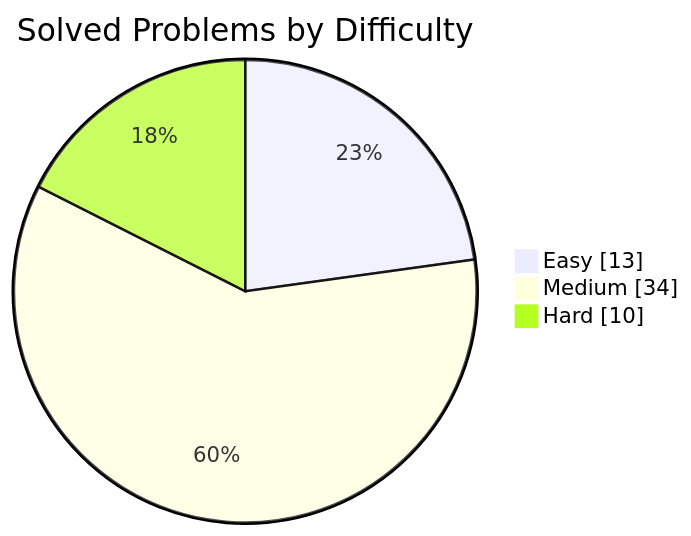
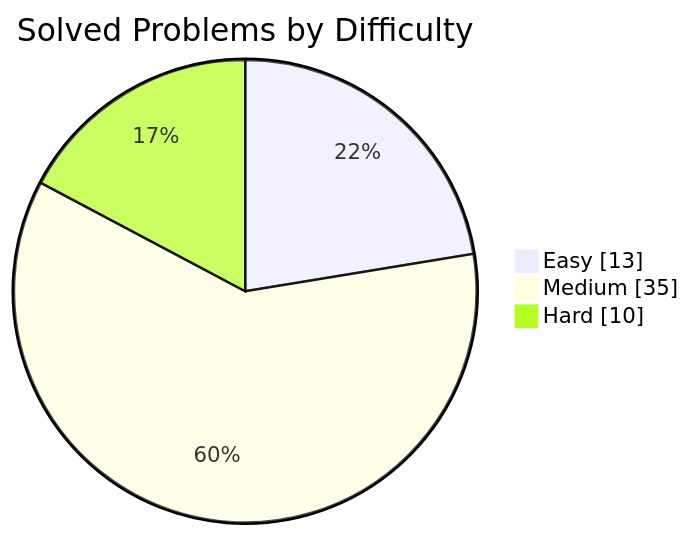
One commit to manikantbindass/DSA-Preparation-FAANG- changed the first of 3 diagrams in README.md. Above: the diagram before and after it, drawn with Mermaid. The commit also changed other lines of this file and 3 other files, not shown here.

````diff
--- a/README.md
+++ b/README.md
@@ -32,7 +32,7 @@
 ```mermaid
 pie showData
     title Solved Problems by Difficulty
     "Easy" : 13
-    "Medium" : 34
+    "Medium" : 35
     "Hard" : 10
 ```
````
